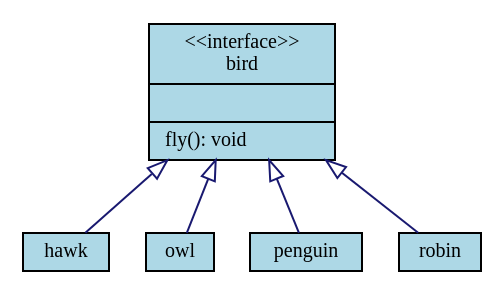
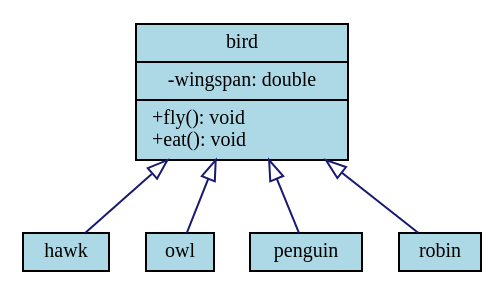
Before and after one commit to DaveParillo/intermediate-cpp: the second of 2 diagrams in _sources/class-III-design/inheritance.rst, drawn with Graphviz. The commit also changed 1 other file, not shown here.

Commit message:
draft release of inheritance nad patterns

```diff
--- a/_sources/class-III-design/inheritance.rst
+++ b/_sources/class-III-design/inheritance.rst
@@ -514,28 +514,28 @@
 .. graphviz:: 
    :alt: Bird inheritance
 
    digraph "bird"
    {
      edge [fontname="BitstreamVeraSans",
            fontsize="10",
            labelfontname="BitstreamVeraSans",
            labelfontsize="10",
            dir="back",
            arrowtail="onormal",
            style="solid",
            color="midnightblue"];
      node [fontname="BitstreamVeraSans",
            fontsize="10",
            height=0.2,
            width=0.4,
            color="black",
            fillcolor="lightblue",
            shape=box,
            style="filled"];
      bird [shape=record,
-       label="{\<\<interface\>\>\nbird\n||fly(): void\l}"];
+       label="{bird\n|-wingspan: double|+fly(): void\l+eat(): void\l}"];
      bird -> hawk;
      bird -> owl;
      bird -> penguin;
      bird -> robin;
    }
```
